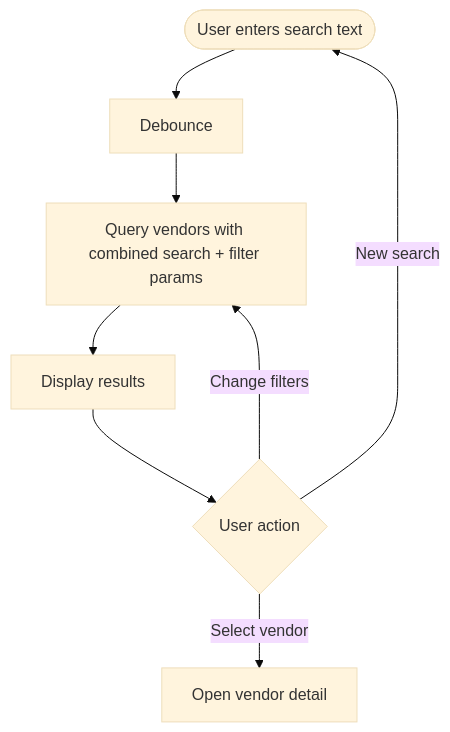
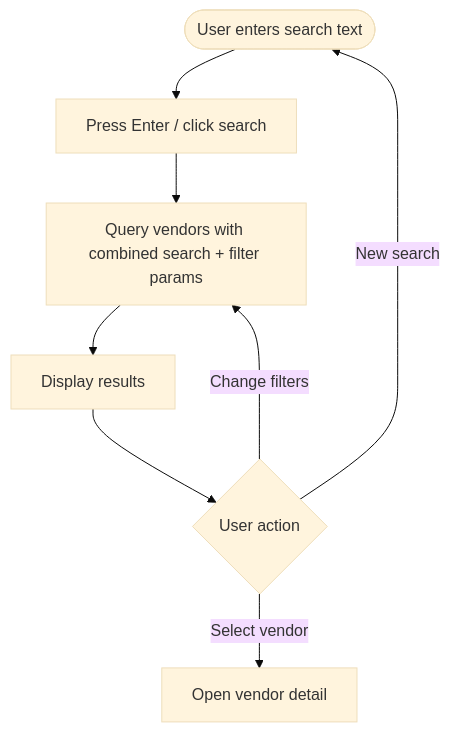
One commit to CarmenSoftware-organization/carmen-wiki changed the diagram in en/inventory/master-data/vendor.md. Above: the diagram before and after it, drawn with Mermaid (base theme). The commit also changed other lines of this file and 20 other files, not shown here.

Commit message:
fix(product,master-data,recipe): correct 13 diagrams against code, drop disabled-export diagram (review round 1)

````diff
--- a/en/inventory/master-data/vendor.md
+++ b/en/inventory/master-data/vendor.md
@@ -39,10 +39,10 @@
 ```mermaid
 flowchart TD
-    Start(["User enters search text"]) --> Debounce["Debounce"]
-    Debounce --> Query["Query vendors with combined search + filter params"]
+    Start(["User enters search text"]) --> Submit["Press Enter / click search"]
+    Submit --> Query["Query vendors with combined search + filter params"]
     Query --> Display["Display results"]
     Display --> UserAction{"User action"}
     UserAction -->|"Select vendor"| OpenProfile["Open vendor detail"]
     UserAction -->|"Change filters"| Query
     UserAction -->|"New search"| Start
 ```
````
